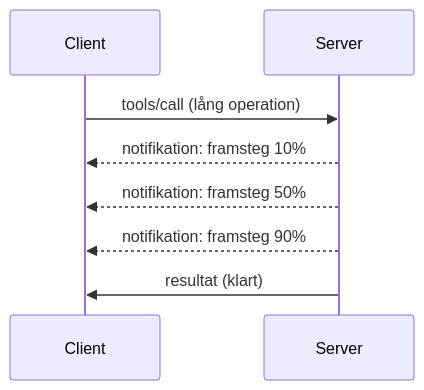
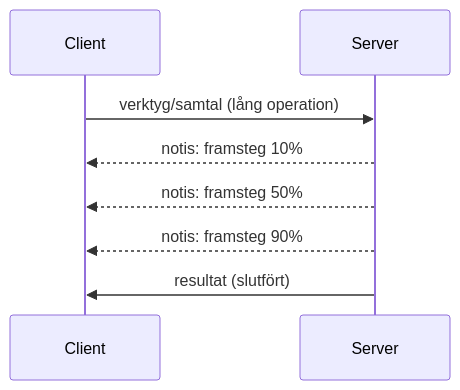
One commit to HIDORAKAI002/ai-workspace-archive changed the diagram in mcp_ecosystem__model_context_protocol/mcp_learning_resources/mcp-for-beginners/translations/sv/05-AdvancedTopics/mcp-protocol-features/README.md. Above: the diagram before and after it, drawn with Mermaid. The commit also changed other lines of this file and 1046 other files, not shown here.

````diff
--- a/mcp_ecosystem__model_context_protocol/mcp_learning_resources/mcp-for-beginners/translations/sv/05-AdvancedTopics/mcp-protocol-features/README.md
+++ b/mcp_ecosystem__model_context_protocol/mcp_learning_resources/mcp-for-beginners/translations/sv/05-AdvancedTopics/mcp-protocol-features/README.md
@@ -22,11 +24,11 @@
 ```mermaid
 sequenceDiagram
     participant Client
     participant Server
     
-    Client->>Server: tools/call (lång operation)
-    Server-->>Client: notifikation: framsteg 10%
-    Server-->>Client: notifikation: framsteg 50%
-    Server-->>Client: notifikation: framsteg 90%
-    Server->>Client: resultat (klart)
+    Client->>Server: verktyg/samtal (lång operation)
+    Server-->>Client: notis: framsteg 10%
+    Server-->>Client: notis: framsteg 50%
+    Server-->>Client: notis: framsteg 90%
+    Server->>Client: resultat (slutfört)
 ```
````
